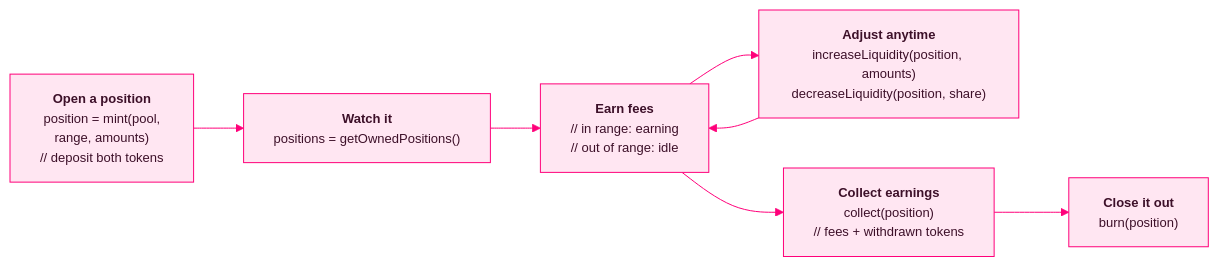
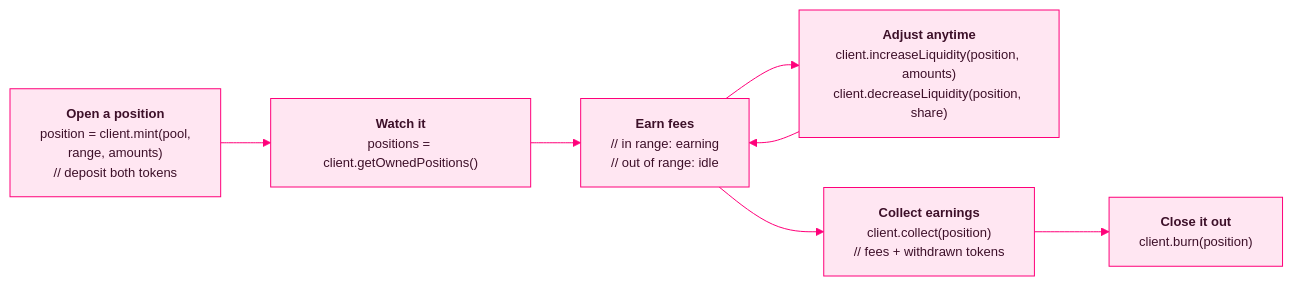
Before and after one commit to ProvableHQ/veil: the second of 2 diagrams in README.md, drawn with Mermaid. The commit also changed other lines of this file, not shown here.

Commit message:
[Docs] Prefix diagram pseudo-code with client.

````diff
--- a/README.md
+++ b/README.md
@@ -305,18 +305,18 @@
 ```mermaid
 %%{init: {"theme": "base", "themeVariables": {
   "primaryColor": "#ffe6f2",
   "primaryTextColor": "#3d1029",
   "primaryBorderColor": "#ff007a",
   "lineColor": "#ff007a",
   "edgeLabelBackground": "#fff0f7",
   "fontSize": "13px"
 }}}%%
 flowchart LR
-  A["<b>Open a position</b><br/>position = mint(pool,<br/>range, amounts)<br/>// deposit both tokens"]
-  A --> B["<b>Watch it</b><br/>positions = getOwnedPositions()"]
+  A["<b>Open a position</b><br/>position = client.mint(pool,<br/>range, amounts)<br/>// deposit both tokens"]
+  A --> B["<b>Watch it</b><br/>positions = client.getOwnedPositions()"]
   B --> C["<b>Earn fees</b><br/>// in range: earning<br/>// out of range: idle"]
-  C --> D["<b>Adjust anytime</b><br/>increaseLiquidity(position, amounts)<br/>decreaseLiquidity(position, share)"]
+  C --> D["<b>Adjust anytime</b><br/>client.increaseLiquidity(position, amounts)<br/>client.decreaseLiquidity(position, share)"]
   D --> C
-  C --> E["<b>Collect earnings</b><br/>collect(position)<br/>// fees + withdrawn tokens"]
-  E --> F["<b>Close it out</b><br/>burn(position)"]
+  C --> E["<b>Collect earnings</b><br/>client.collect(position)<br/>// fees + withdrawn tokens"]
+  E --> F["<b>Close it out</b><br/>client.burn(position)"]
 ```
````
